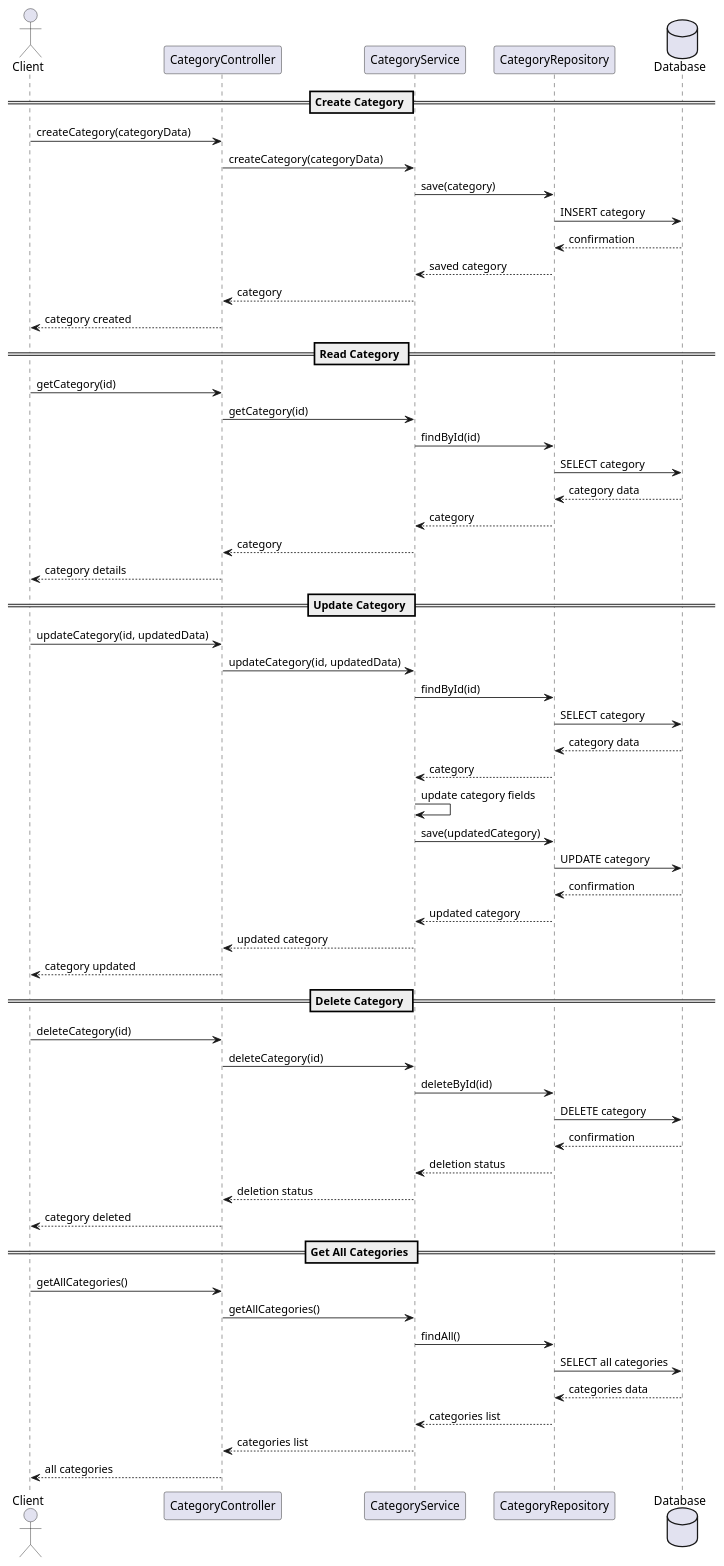
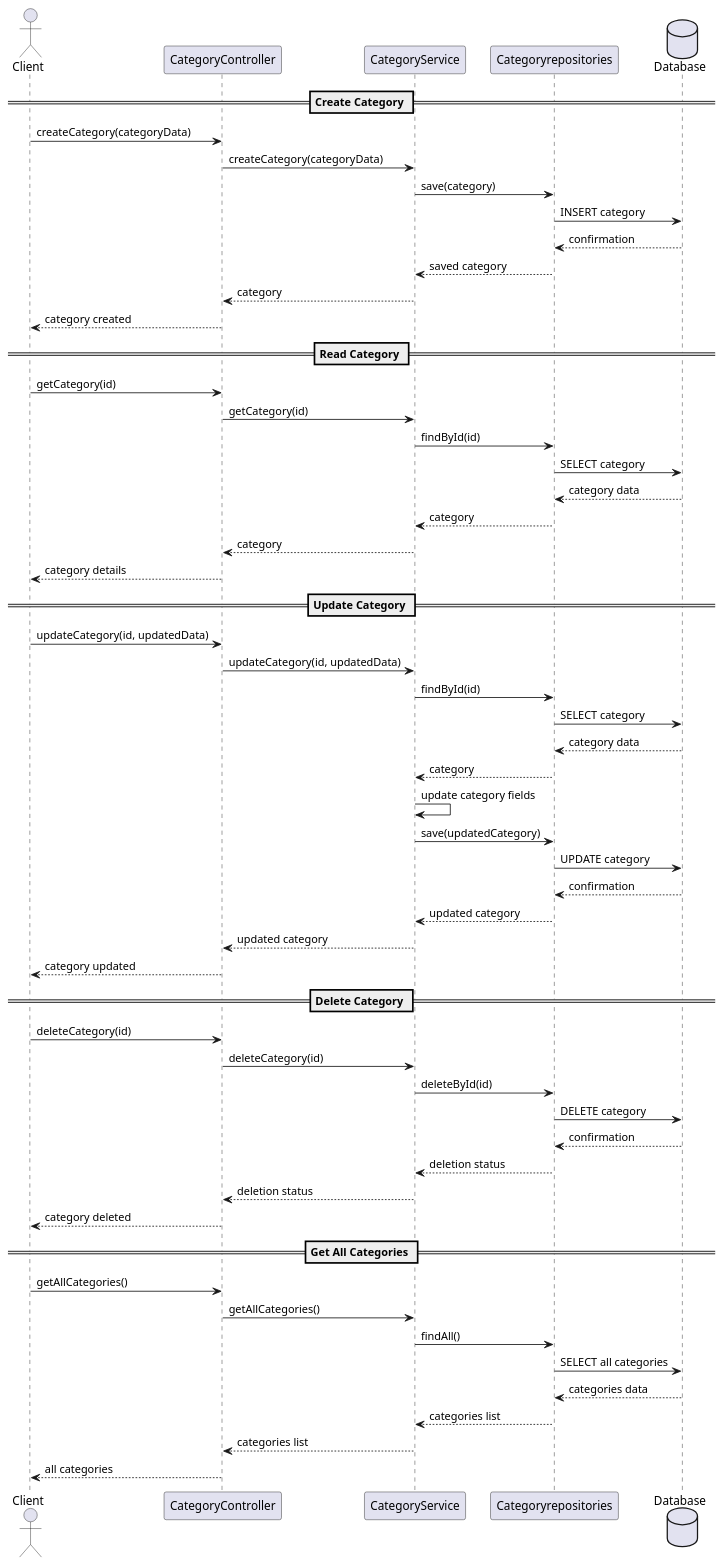
Before and after one commit to ElielMato/gestion_system: the diagram in docs/category_sequence_diagram.puml, drawn with PlantUML. The commit also changed 9 other files, not shown here.

```diff
--- a/docs/category_sequence_diagram.puml
+++ b/docs/category_sequence_diagram.puml
@@ -1,64 +1,64 @@
 @startuml Category Sequence Diagram
 
 actor Client
 participant "CategoryController" as Controller
 participant "CategoryService" as Service
-participant "CategoryRepository" as Repository
+participant "Categoryrepositories" as repositories
 database "Database" as DB
 
 == Create Category ==
 Client -> Controller : createCategory(categoryData)
 Controller -> Service : createCategory(categoryData)
-Service -> Repository : save(category)
-Repository -> DB : INSERT category
-DB --> Repository : confirmation
-Repository --> Service : saved category
+Service -> repositories : save(category)
+repositories -> DB : INSERT category
+DB --> repositories : confirmation
+repositories --> Service : saved category
 Service --> Controller : category
 Controller --> Client : category created
 
 == Read Category ==
 Client -> Controller : getCategory(id)
 Controller -> Service : getCategory(id)
-Service -> Repository : findById(id)
-Repository -> DB : SELECT category
-DB --> Repository : category data
-Repository --> Service : category
+Service -> repositories : findById(id)
+repositories -> DB : SELECT category
+DB --> repositories : category data
+repositories --> Service : category
 Service --> Controller : category
 Controller --> Client : category details
 
 == Update Category ==
 Client -> Controller : updateCategory(id, updatedData)
 Controller -> Service : updateCategory(id, updatedData)
-Service -> Repository : findById(id)
-Repository -> DB : SELECT category
-DB --> Repository : category data
-Repository --> Service : category
+Service -> repositories : findById(id)
+repositories -> DB : SELECT category
+DB --> repositories : category data
+repositories --> Service : category
 Service -> Service : update category fields
-Service -> Repository : save(updatedCategory)
-Repository -> DB : UPDATE category
-DB --> Repository : confirmation
-Repository --> Service : updated category
+Service -> repositories : save(updatedCategory)
+repositories -> DB : UPDATE category
+DB --> repositories : confirmation
+repositories --> Service : updated category
 Service --> Controller : updated category
 Controller --> Client : category updated
 
 == Delete Category ==
 Client -> Controller : deleteCategory(id)
 Controller -> Service : deleteCategory(id)
-Service -> Repository : deleteById(id)
-Repository -> DB : DELETE category
-DB --> Repository : confirmation
-Repository --> Service : deletion status
+Service -> repositories : deleteById(id)
+repositories -> DB : DELETE category
+DB --> repositories : confirmation
+repositories --> Service : deletion status
 Service --> Controller : deletion status
 Controller --> Client : category deleted
 
 == Get All Categories ==
 Client -> Controller : getAllCategories()
 Controller -> Service : getAllCategories()
-Service -> Repository : findAll()
-Repository -> DB : SELECT all categories
-DB --> Repository : categories data
-Repository --> Service : categories list
+Service -> repositories : findAll()
+repositories -> DB : SELECT all categories
+DB --> repositories : categories data
+repositories --> Service : categories list
 Service --> Controller : categories list
 Controller --> Client : all categories
 
 @enduml
```
